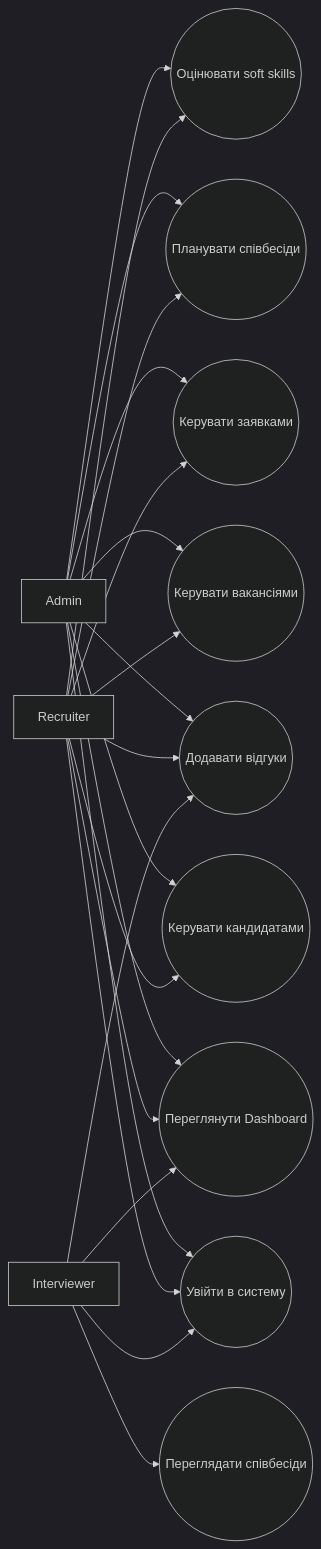
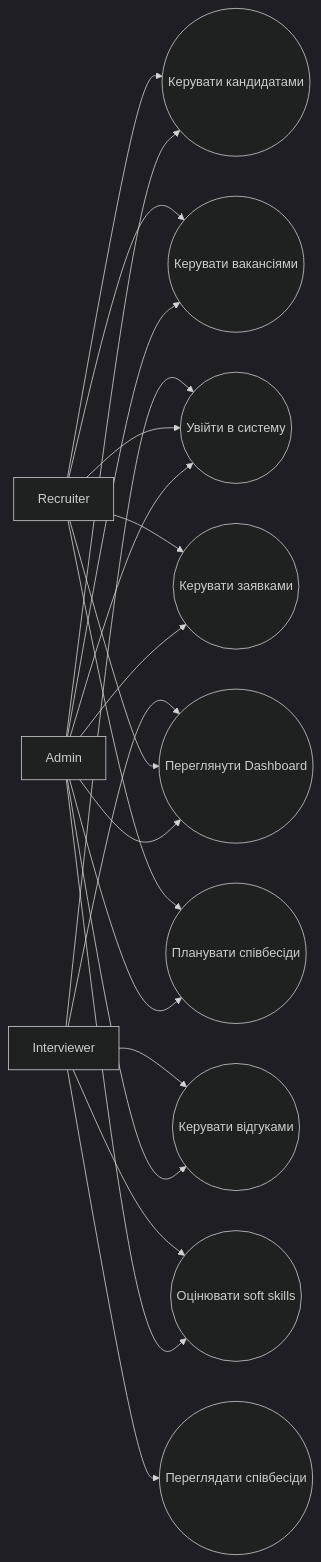
Before and after one commit to MaksBlyshchyk/-: the second of 2 diagrams in Docs/CourseMaterials.md, drawn with Mermaid (dark theme). The commit also changed other lines of this file and 17 other files, not shown here.

````diff
--- a/Docs/CourseMaterials.md
+++ b/Docs/CourseMaterials.md
@@ -98,39 +108,38 @@
 ```mermaid
 flowchart LR
     Admin["Admin"]
     Recruiter["Recruiter"]
     Interviewer["Interviewer"]
 
     Login(("Увійти в систему"))
     Dashboard(("Переглянути Dashboard"))
     ManageCandidates(("Керувати кандидатами"))
     ManageVacancies(("Керувати вакансіями"))
     ManageApplications(("Керувати заявками"))
     ManageInterviews(("Планувати співбесіди"))
     ViewInterviews(("Переглядати співбесіди"))
-    AddFeedback(("Додавати відгуки"))
+    AddFeedback(("Керувати відгуками"))
     ManageSoftSkills(("Оцінювати soft skills"))
 
     Admin --> Login
     Admin --> Dashboard
     Admin --> ManageCandidates
     Admin --> ManageVacancies
     Admin --> ManageApplications
     Admin --> ManageInterviews
     Admin --> AddFeedback
     Admin --> ManageSoftSkills
 
     Recruiter --> Login
     Recruiter --> Dashboard
     Recruiter --> ManageCandidates
     Recruiter --> ManageVacancies
     Recruiter --> ManageApplications
     Recruiter --> ManageInterviews
-    Recruiter --> AddFeedback
-    Recruiter --> ManageSoftSkills
 
     Interviewer --> Login
     Interviewer --> Dashboard
     Interviewer --> ViewInterviews
     Interviewer --> AddFeedback
+    Interviewer --> ManageSoftSkills
 ```
````
